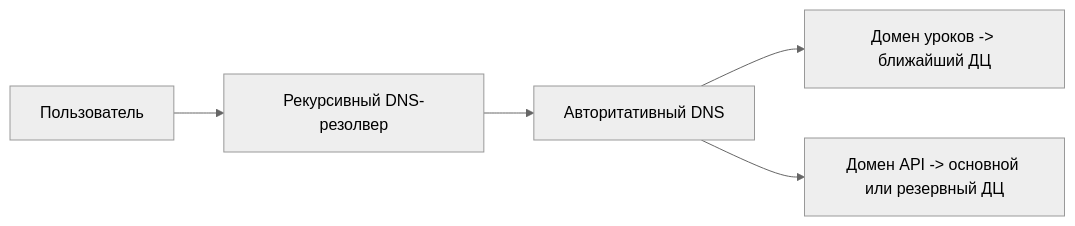
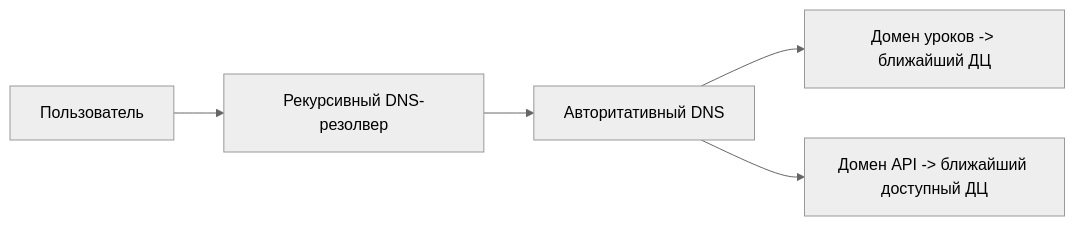
The second of 7 diagrams in README.md (azlymoon/HighloadCourseHSE), drawn with Mermaid (neutral theme) before and after one commit. The commit also changed other lines of this file, not shown here.

````diff
--- a/README.md
+++ b/README.md
@@ -366,7 +375,7 @@
 ```mermaid
 flowchart LR
     U["Пользователь"] --> R["Рекурсивный DNS-резолвер"]
     R --> A["Авторитативный DNS"]
     A --> C["Домен уроков -> ближайший ДЦ"]
-    A --> B["Домен API -> основной или резервный ДЦ"]
+    A --> B["Домен API -> ближайший доступный ДЦ"]
 ```
````
